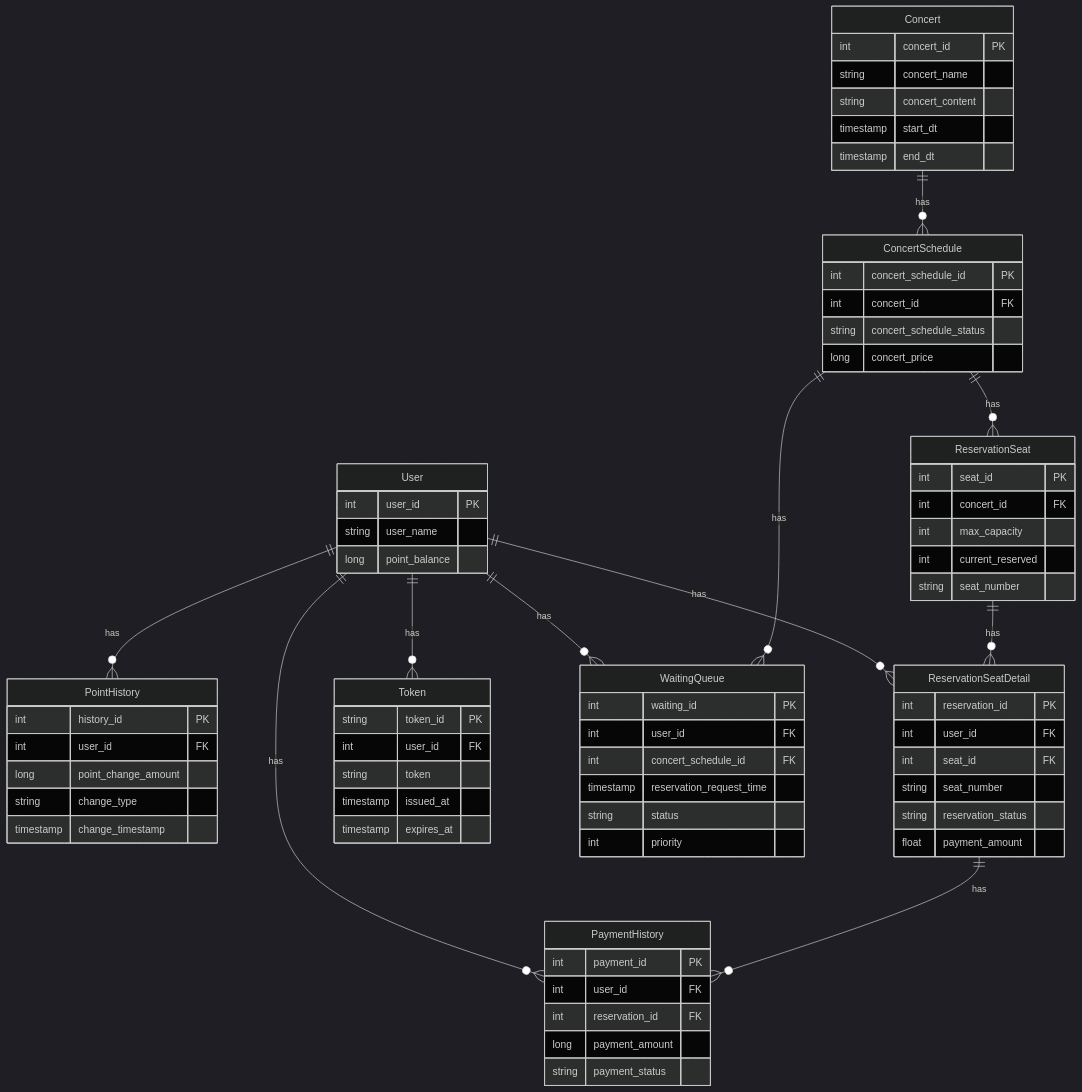
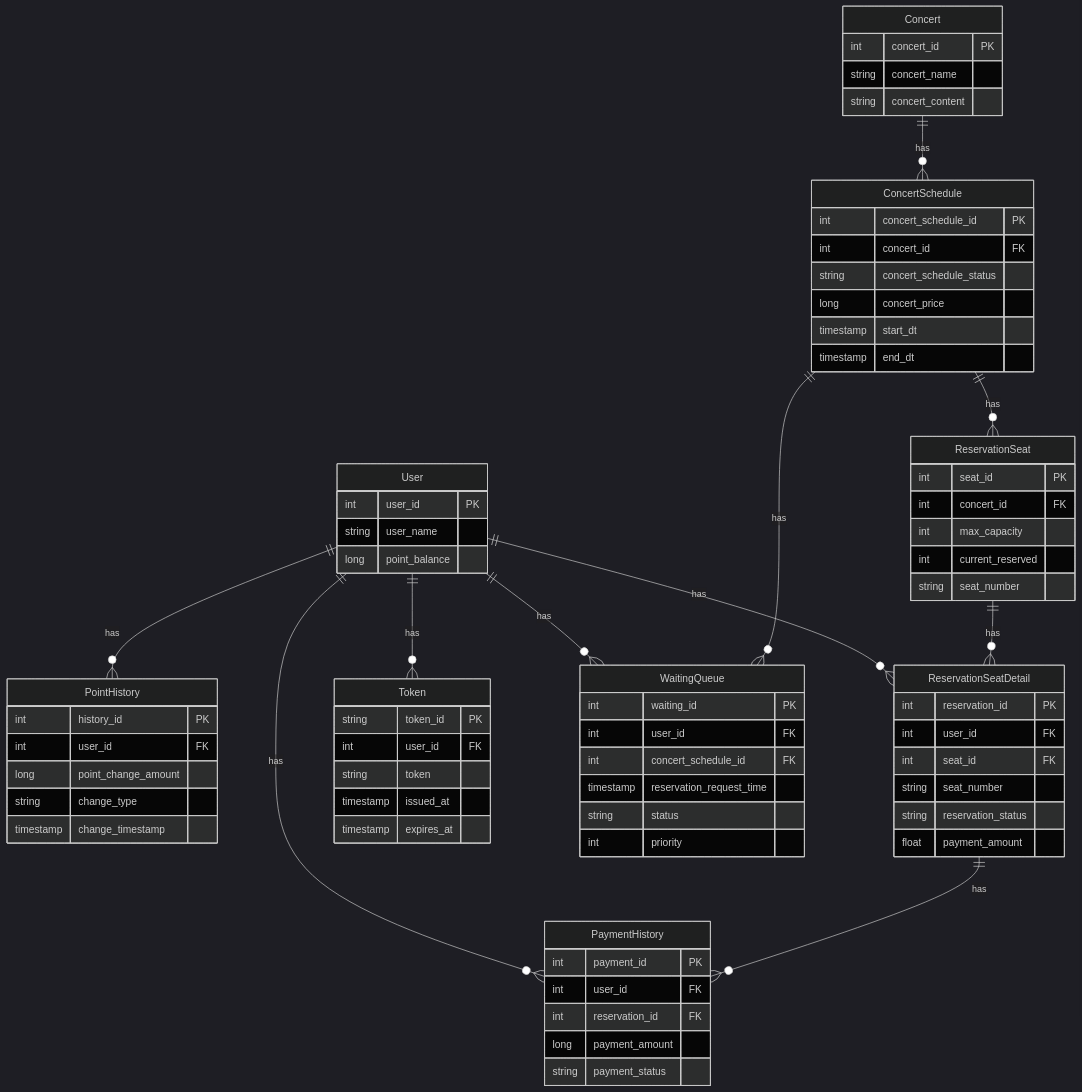
One commit to Backjinuk/hh3Week changed the diagram in docs/ERD.md. Above: the diagram before and after it, drawn with Mermaid (dark theme). The commit also changed other lines of this file and 11 other files, not shown here.

```diff
--- a/docs/ERD.md
+++ b/docs/ERD.md
@@ -43,8 +43,6 @@
         int concert_id PK
         string concert_name
         string concert_content
-        timestamp start_dt
-        timestamp end_dt
     }
 
     ConcertSchedule {
@@ -52,6 +50,8 @@
         int concert_id FK
         string concert_schedule_status
         long concert_price
+        timestamp start_dt
+        timestamp end_dt
     }
 
     Token {
```
